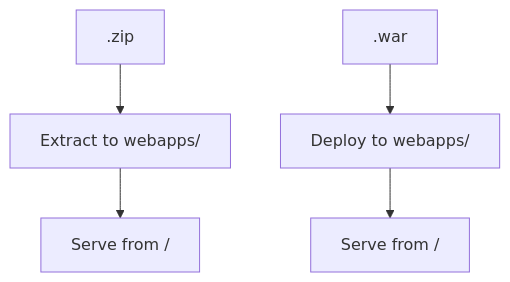
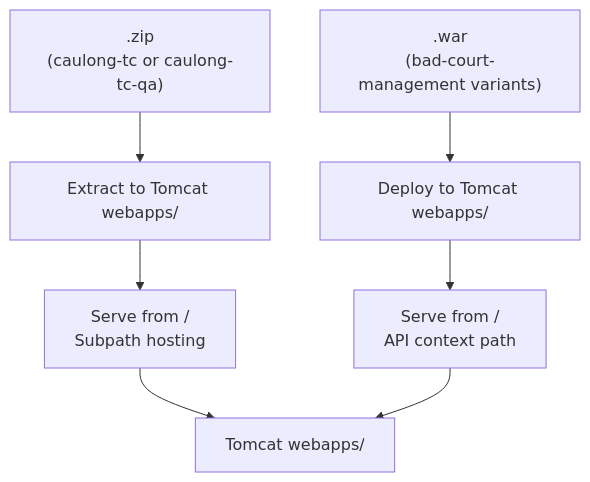
Before and after one commit to Vissel/badminton-court-management: the tenth of 10 diagrams in .qoder/repowiki/en/content/Deployment & Operations.md, drawn with Mermaid. The commit also changed other lines of this file and 36 other files, not shown here.

````diff
--- a/.qoder/repowiki/en/content/Deployment & Operations.md
+++ b/.qoder/repowiki/en/content/Deployment & Operations.md
@@ -262,7 +434,9 @@
 ```mermaid
 flowchart TD
-FEZip["<frontend-context>.zip"] --> Extract["Extract to webapps/"]
-WAR["<finalName>.war"] --> DeployWar["Deploy to webapps/"]
-Extract --> PathFE["Serve from /<frontend-context>"]
-DeployWar --> PathAPI["Serve from /<finalName>"]
+FEZip["<frontend-context>.zip<br/>(caulong-tc or caulong-tc-qa)"] --> EXTRACT["Extract to Tomcat webapps/"]
+WAR["<finalName>.war<br/>(bad-court-management variants)"] --> DEPLOY_WAR["Deploy to Tomcat webapps/"]
+EXTRACT --> PATH_FE["Serve from /<frontend-context><br/>Subpath hosting"]
+DEPLOY_WAR --> PATH_API["Serve from /<finalName><br/>API context path"]
+PATH_FE --> TOMCAT_WEBAPPS["Tomcat webapps/"]
+PATH_API --> TOMCAT_WEBAPPS
 ```
````
